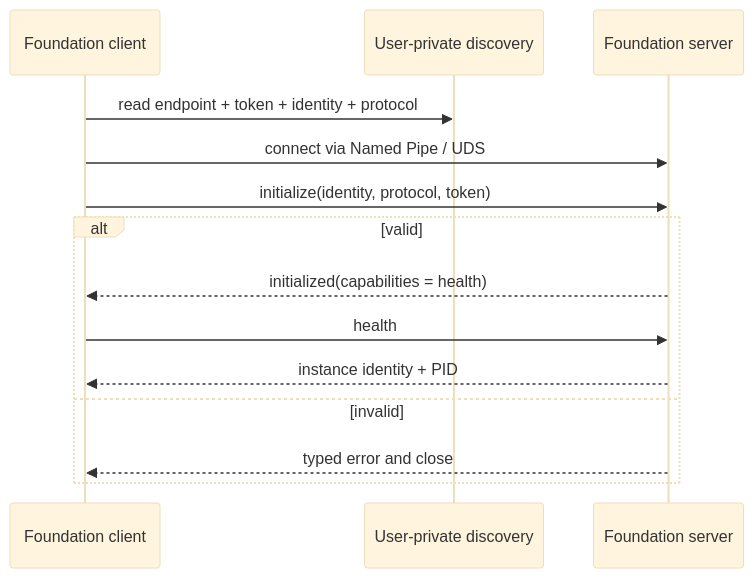
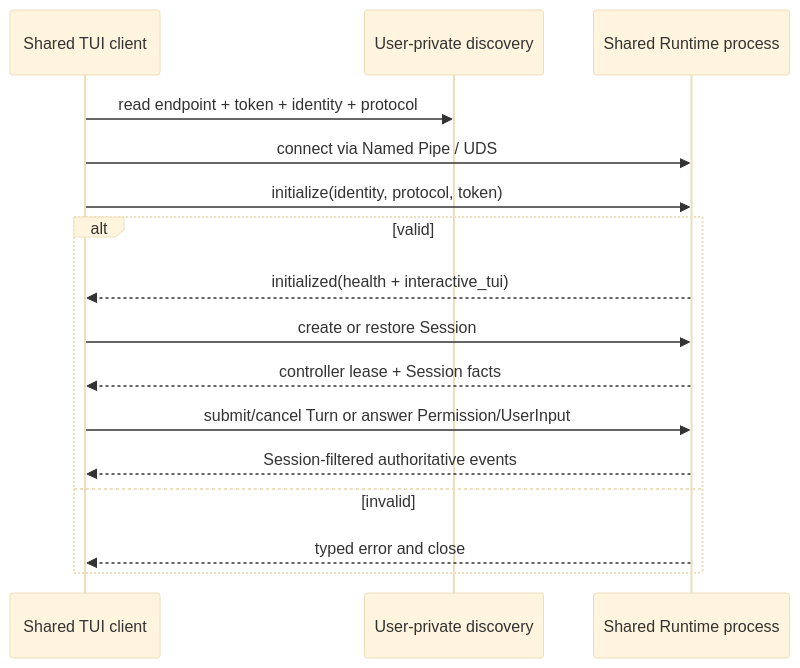
The fifth of 6 diagrams in docs/architecture/agent-runtime-deployment-design.md (1688mengdie/BitFun), drawn with Mermaid (base theme) before and after one commit. The commit also changed other lines of this file and 41 other files, not shown here.

Commit message:
feat(cli): add opt-in shared TUI runtime

````diff
--- a/docs/architecture/agent-runtime-deployment-design.md
+++ b/docs/architecture/agent-runtime-deployment-design.md
@@ -114,17 +114,19 @@
 ```mermaid
 sequenceDiagram
-  participant C as Foundation client
+  participant C as Shared TUI client
   participant D as User-private discovery
-  participant S as Foundation server
+  participant S as Shared Runtime process
 
   C->>D: read endpoint + token + identity + protocol
   C->>S: connect via Named Pipe / UDS
   C->>S: initialize(identity, protocol, token)
   alt valid
-    S-->>C: initialized(capabilities = health)
-    C->>S: health
-    S-->>C: instance identity + PID
+    S-->>C: initialized(health + interactive_tui)
+    C->>S: create or restore Session
+    S-->>C: controller lease + Session facts
+    C->>S: submit/cancel Turn or answer Permission/UserInput
+    S-->>C: Session-filtered authoritative events
   else invalid
     S-->>C: typed error and close
   end
 ```
````
